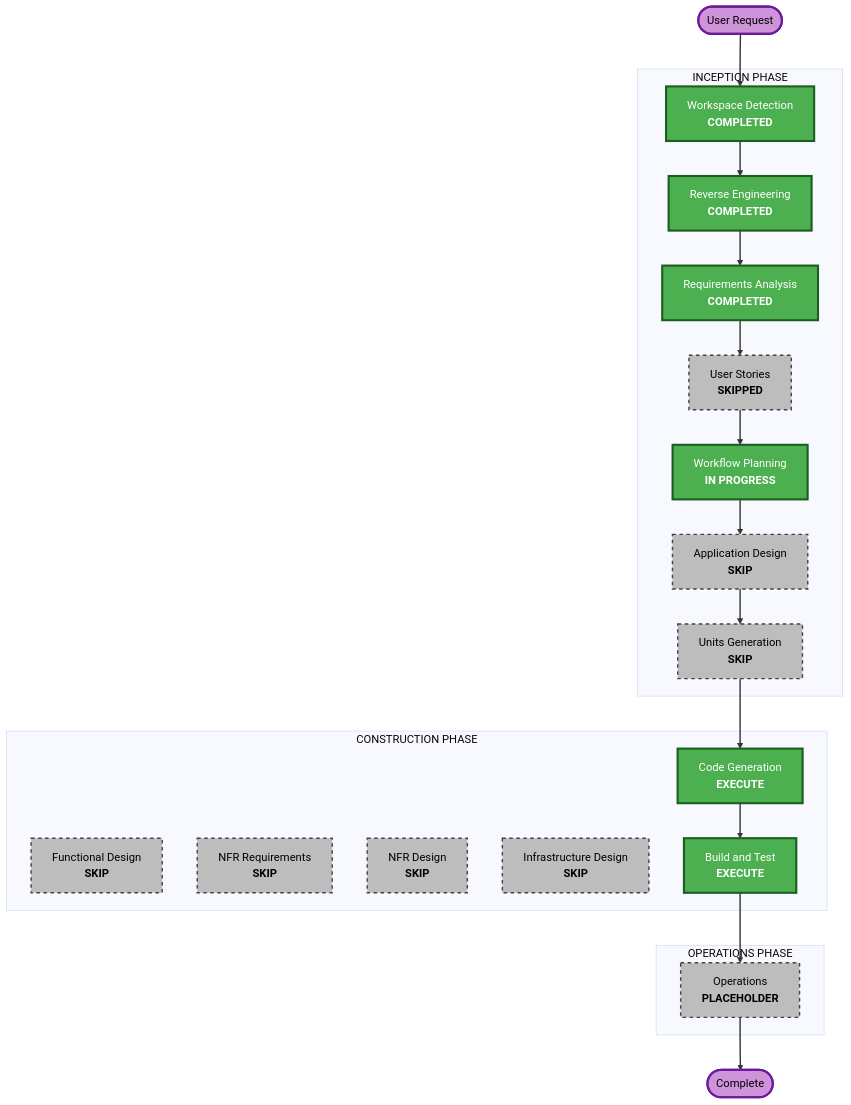
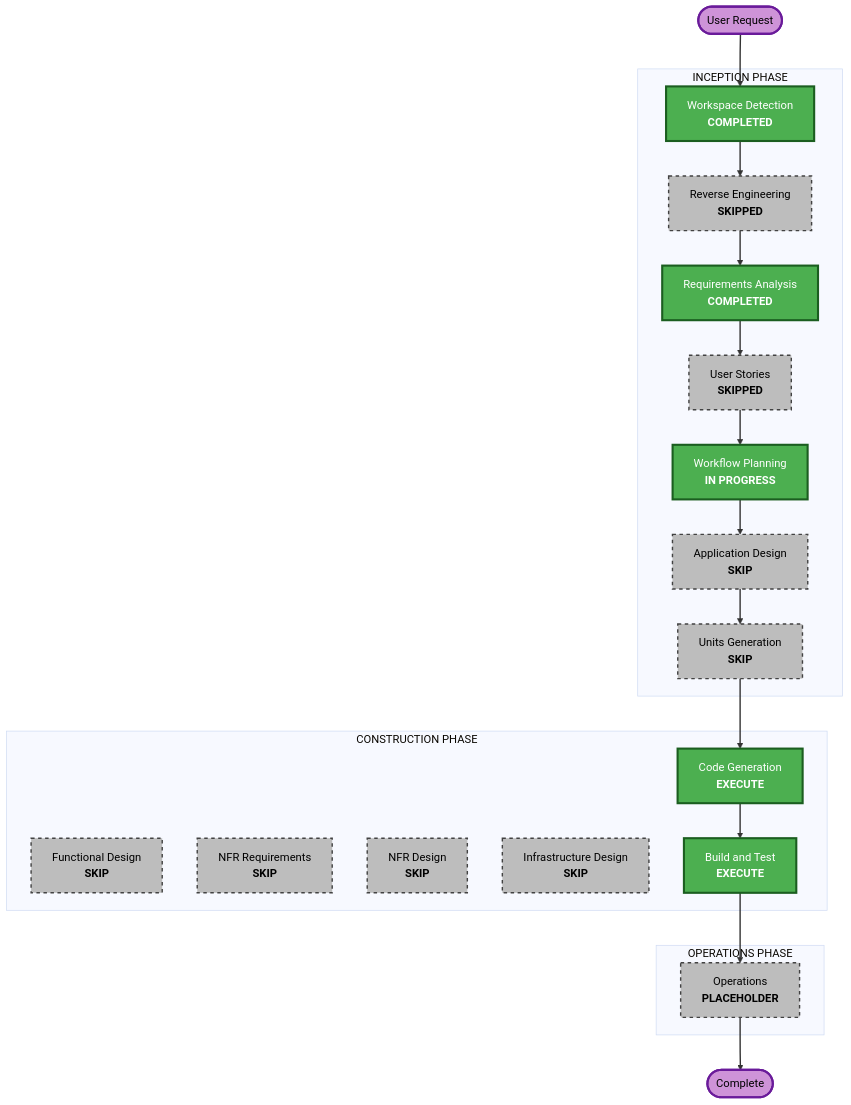
One commit to Antonio-pf/projeto-eng-soft changed the diagram in aidlc-docs/inception/plans/execution-plan.md. Above: the diagram before and after it, drawn with Mermaid (base theme). The commit also changed other lines of this file and 18 other files, not shown here.

````diff
--- a/aidlc-docs/inception/plans/execution-plan.md
+++ b/aidlc-docs/inception/plans/execution-plan.md
@@ -31,50 +29,50 @@
 ```mermaid
 flowchart TD
     Start(["User Request"])
 
     subgraph INCEPTION["INCEPTION PHASE"]
         WD["Workspace Detection<br/><b>COMPLETED</b>"]
-        RE["Reverse Engineering<br/><b>COMPLETED</b>"]
+        RE["Reverse Engineering<br/><b>SKIPPED</b>"]
         RA["Requirements Analysis<br/><b>COMPLETED</b>"]
         US["User Stories<br/><b>SKIPPED</b>"]
         WP["Workflow Planning<br/><b>IN PROGRESS</b>"]
         AD["Application Design<br/><b>SKIP</b>"]
         UG["Units Generation<br/><b>SKIP</b>"]
     end
 
     subgraph CONSTRUCTION["CONSTRUCTION PHASE"]
         FD["Functional Design<br/><b>SKIP</b>"]
         NFRA["NFR Requirements<br/><b>SKIP</b>"]
         NFRD["NFR Design<br/><b>SKIP</b>"]
         ID["Infrastructure Design<br/><b>SKIP</b>"]
         CG["Code Generation<br/><b>EXECUTE</b>"]
         BT["Build and Test<br/><b>EXECUTE</b>"]
     end
 
     subgraph OPERATIONS["OPERATIONS PHASE"]
         OPS["Operations<br/><b>PLACEHOLDER</b>"]
     end
 
     Start --> WD --> RE --> RA --> US --> WP
     WP --> AD --> UG --> CG
     CG --> BT --> OPS --> End(["Complete"])
 
     style WD fill:#4CAF50,stroke:#1B5E20,stroke-width:3px,color:#fff
-    style RE fill:#4CAF50,stroke:#1B5E20,stroke-width:3px,color:#fff
+    style RE fill:#BDBDBD,stroke:#424242,stroke-width:2px,stroke-dasharray: 5 5,color:#000
     style RA fill:#4CAF50,stroke:#1B5E20,stroke-width:3px,color:#fff
     style US fill:#BDBDBD,stroke:#424242,stroke-width:2px,stroke-dasharray: 5 5,color:#000
     style WP fill:#4CAF50,stroke:#1B5E20,stroke-width:3px,color:#fff
     style AD fill:#BDBDBD,stroke:#424242,stroke-width:2px,stroke-dasharray: 5 5,color:#000
     style UG fill:#BDBDBD,stroke:#424242,stroke-width:2px,stroke-dasharray: 5 5,color:#000
     style FD fill:#BDBDBD,stroke:#424242,stroke-width:2px,stroke-dasharray: 5 5,color:#000
     style NFRA fill:#BDBDBD,stroke:#424242,stroke-width:2px,stroke-dasharray: 5 5,color:#000
     style NFRD fill:#BDBDBD,stroke:#424242,stroke-width:2px,stroke-dasharray: 5 5,color:#000
     style ID fill:#BDBDBD,stroke:#424242,stroke-width:2px,stroke-dasharray: 5 5,color:#000
     style CG fill:#4CAF50,stroke:#1B5E20,stroke-width:3px,color:#fff
     style BT fill:#4CAF50,stroke:#1B5E20,stroke-width:3px,color:#fff
     style OPS fill:#BDBDBD,stroke:#424242,stroke-width:2px,stroke-dasharray: 5 5,color:#000
     style Start fill:#CE93D8,stroke:#6A1B9A,stroke-width:3px,color:#000
     style End fill:#CE93D8,stroke:#6A1B9A,stroke-width:3px,color:#000
 
     linkStyle default stroke:#333,stroke-width:2px
 ```
````
